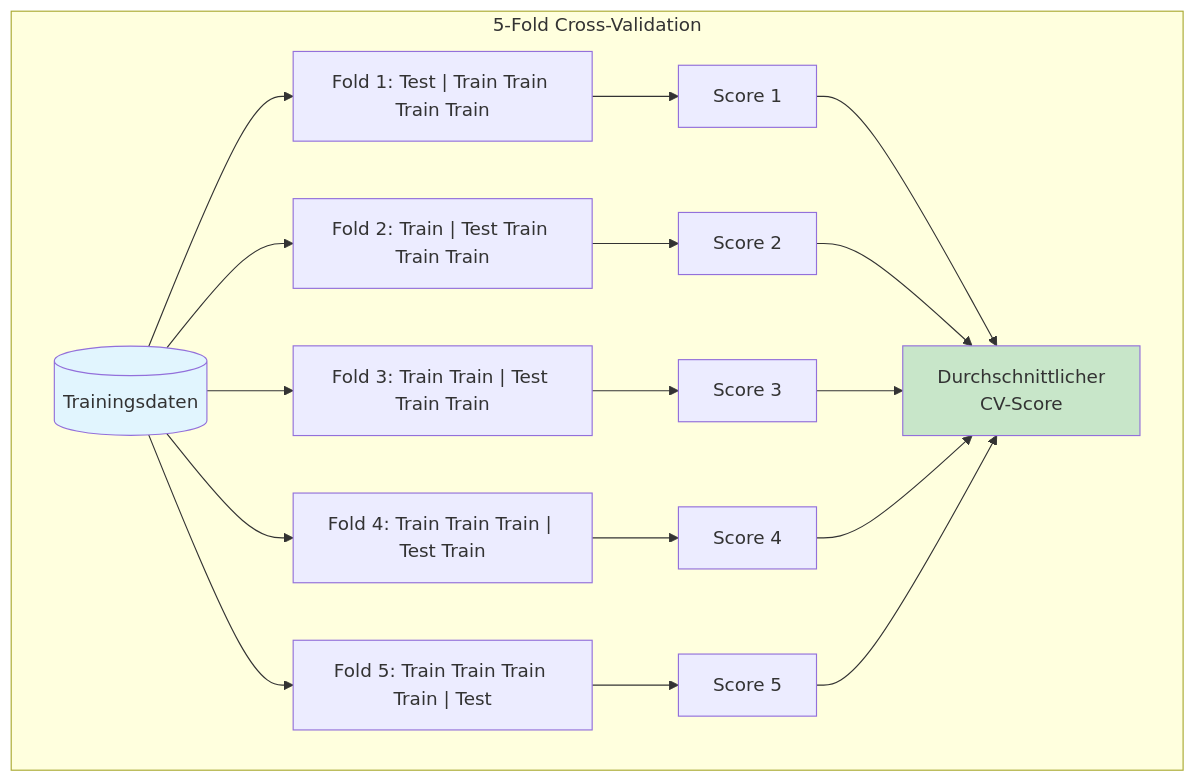
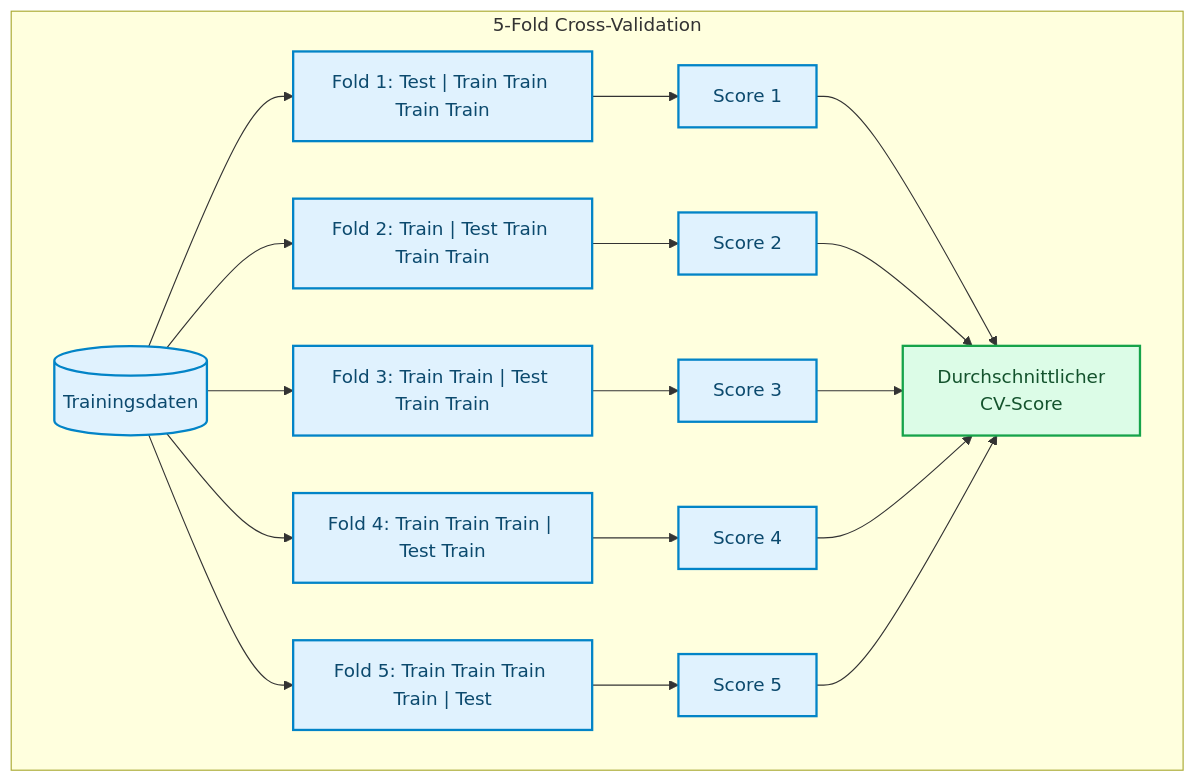
Before and after one commit to ralf-42/ML_Intro: the ninth of 12 diagrams in docs/concepts/evaluate/hyperparameter_tuning.md, drawn with Mermaid. The commit also changed other lines of this file and 67 other files, not shown here.

````diff
--- a/docs/concepts/evaluate/hyperparameter_tuning.md
+++ b/docs/concepts/evaluate/hyperparameter_tuning.md
@@ -495,27 +509,28 @@
 ```mermaid
 flowchart TB
     subgraph kfold["5-Fold Cross-Validation"]
         D[("Trainingsdaten")]
         
         D --> F1["Fold 1: Test | Train Train Train Train"]
         D --> F2["Fold 2: Train | Test Train Train Train"]
         D --> F3["Fold 3: Train Train | Test Train Train"]
         D --> F4["Fold 4: Train Train Train | Test Train"]
         D --> F5["Fold 5: Train Train Train Train | Test"]
         
         F1 --> S1["Score 1"]
         F2 --> S2["Score 2"]
         F3 --> S3["Score 3"]
         F4 --> S4["Score 4"]
         F5 --> S5["Score 5"]
         
         S1 --> AVG["Durchschnittlicher<br/>CV-Score"]
         S2 --> AVG
         S3 --> AVG
         S4 --> AVG
         S5 --> AVG
     end
-    
-    style D fill:#e1f5fe
-    style AVG fill:#c8e6c9
+
+    classDef default fill:#e0f2fe,stroke:#0284c7,stroke-width:2px,color:#0c4a6e;
+    classDef output fill:#dcfce7,stroke:#16a34a,stroke-width:2px,color:#14532d;
+    class AVG output;
 ```
````
